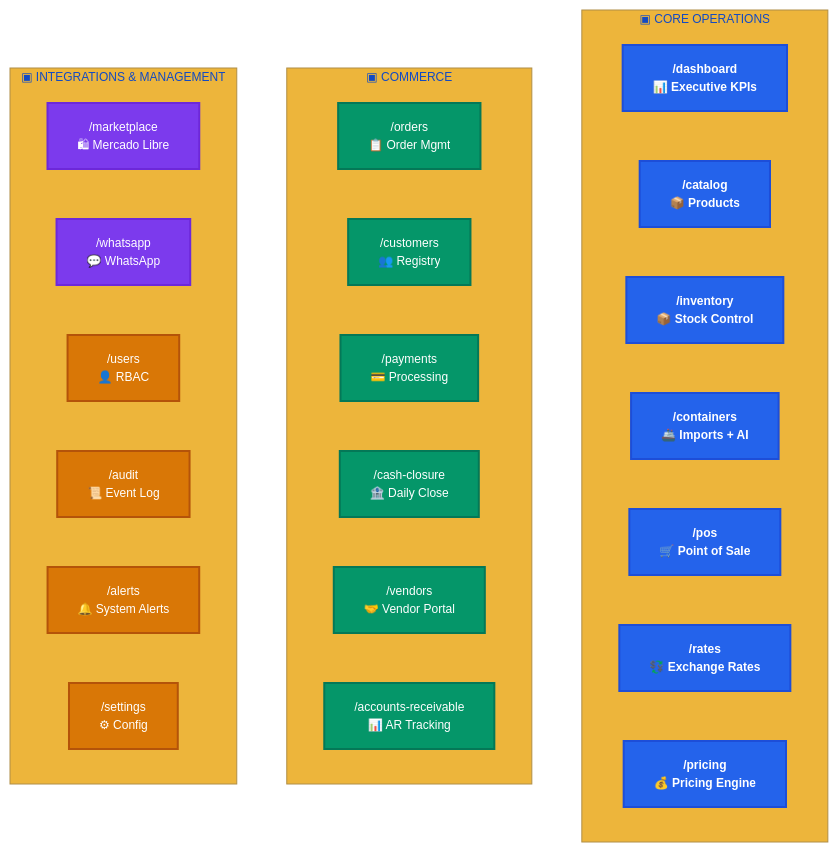
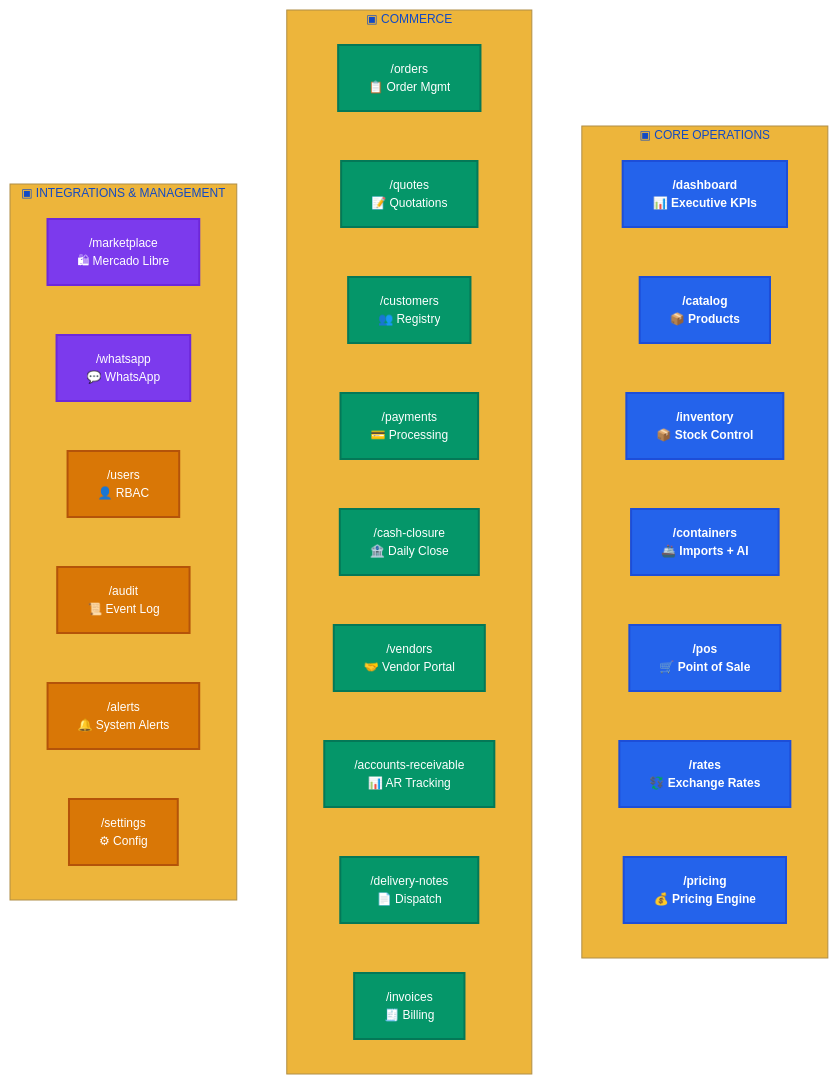
The sixth of 9 diagrams in README.md (jesusjosezapata99-jpg/Cendaro), drawn with Mermaid before and after one commit. The commit also changed other lines of this file and 9 other files, not shown here.

````diff
--- a/README.md
+++ b/README.md
@@ -453,40 +515,43 @@
 ```mermaid
 %%{init: {'theme': 'base', 'themeVariables': {'primaryColor': '#2463eb', 'primaryTextColor': '#fff', 'primaryBorderColor': '#1d4ed8', 'lineColor': '#475569', 'fontSize': '12px'}}}%%
 
 graph TB
   classDef core fill:#2463eb,stroke:#1d4ed8,color:#fff,stroke-width:2px,font-weight:bold
   classDef commerce fill:#059669,stroke:#047857,color:#fff,stroke-width:2px
   classDef integr fill:#7c3aed,stroke:#6d28d9,color:#fff,stroke-width:2px
   classDef mgmt fill:#d97706,stroke:#b45309,color:#fff,stroke-width:2px
 
   subgraph CORE["▣ CORE OPERATIONS"]
     direction LR
     D["/dashboard\n📊 Executive KPIs"]:::core
     CAT["/catalog\n📦 Products"]:::core
     INV["/inventory\n📦 Stock Control"]:::core
     CON["/containers\n🚢 Imports + AI"]:::core
     POS["/pos\n🛒 Point of Sale"]:::core
     RAT["/rates\n💱 Exchange Rates"]:::core
     PRI["/pricing\n💰 Pricing Engine"]:::core
   end
 
   subgraph COMMERCE["▣ COMMERCE"]
     direction LR
     ORD["/orders\n📋 Order Mgmt"]:::commerce
+    QUO["/quotes\n📝 Quotations"]:::commerce
     CUS["/customers\n👥 Registry"]:::commerce
     PAY["/payments\n💳 Processing"]:::commerce
     CSH["/cash-closure\n🏦 Daily Close"]:::commerce
     VEN["/vendors\n🤝 Vendor Portal"]:::commerce
     ACC["/accounts-receivable\n📊 AR Tracking"]:::commerce
+    DEL["/delivery-notes\n📄 Dispatch"]:::commerce
+    INV2["/invoices\n🧾 Billing"]:::commerce
   end
 
   subgraph INTEGRATIONS["▣ INTEGRATIONS & MANAGEMENT"]
     direction LR
     MKT["/marketplace\n🛍 Mercado Libre"]:::integr
     WHA["/whatsapp\n💬 WhatsApp"]:::integr
     USR["/users\n👤 RBAC"]:::mgmt
     AUD["/audit\n📜 Event Log"]:::mgmt
     ALR["/alerts\n🔔 System Alerts"]:::mgmt
     SET["/settings\n⚙ Config"]:::mgmt
   end
 ```
````
